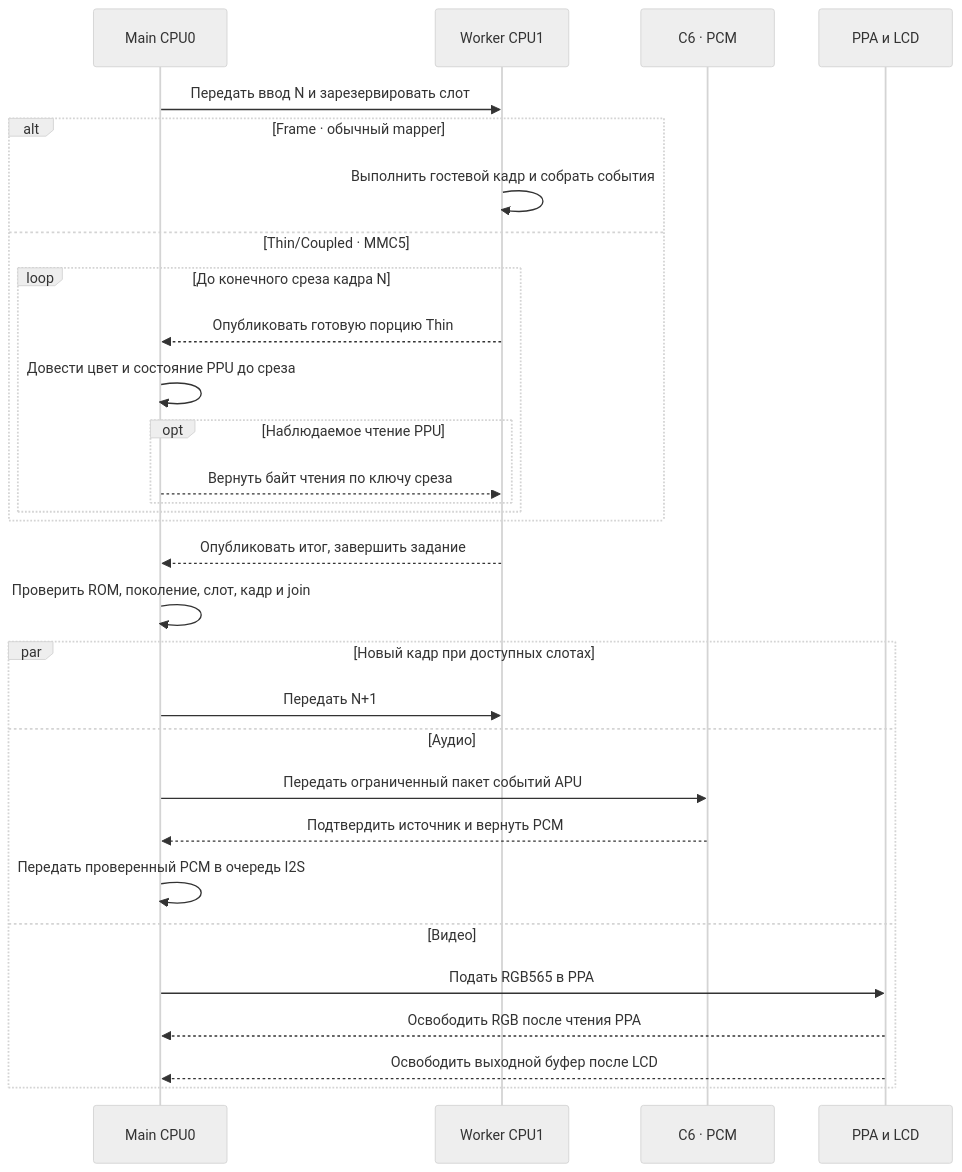
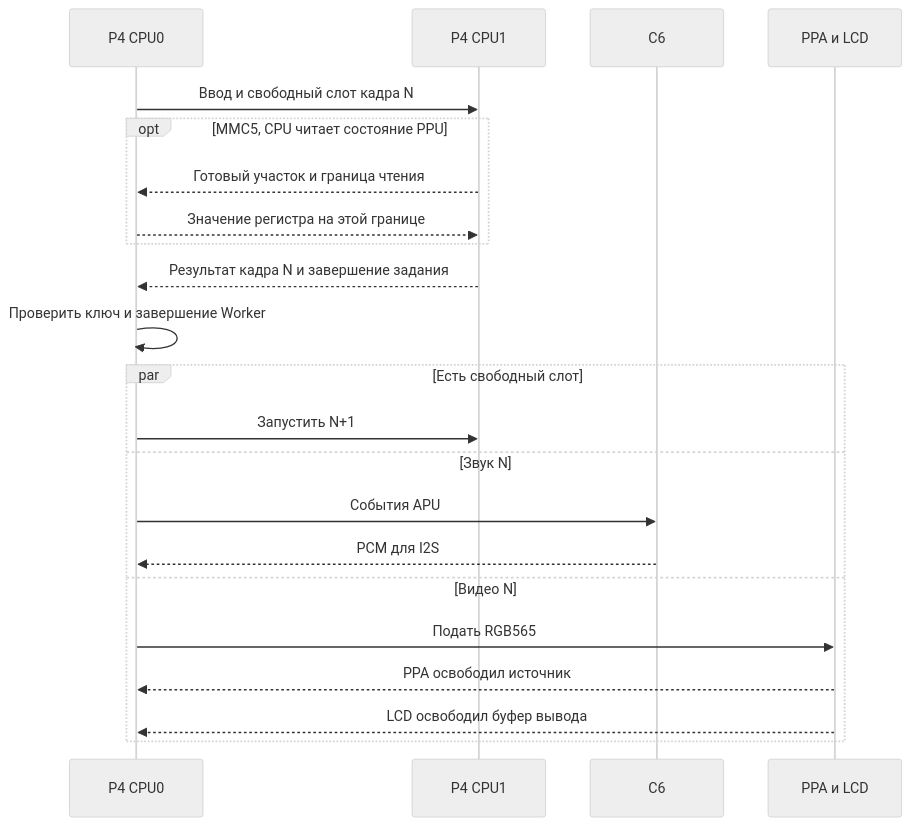
Before and after one commit to KirPoz/bitvyr: the second of 3 diagrams in bitvyr_nes_p4c6/beta_0_1/docs/02-architecture.md, drawn with Mermaid (neutral theme). The commit also changed other lines of this file and 63 other files, not shown here.

````diff
--- a/bitvyr_nes_p4c6/beta_0_1/docs/02-architecture.md
+++ b/bitvyr_nes_p4c6/beta_0_1/docs/02-architecture.md
@@ -50,32 +27,24 @@
 ```mermaid
 sequenceDiagram
-    participant M as Main CPU0
-    participant W as Worker CPU1
-    participant C as C6 · PCM
-    participant D as PPA и LCD
-    M->>W: Передать ввод N и зарезервировать слот
-    alt Frame · обычный mapper
-        W->>W: Выполнить гостевой кадр и собрать события
-    else Thin/Coupled · MMC5
-        loop До конечного среза кадра N
-            W-->>M: Опубликовать готовую порцию Thin
-            M->>M: Довести цвет и состояние PPU до среза
-            opt Наблюдаемое чтение PPU
-                M-->>W: Вернуть байт чтения по ключу среза
-            end
-        end
+    participant M as P4 CPU0
+    participant W as P4 CPU1
+    participant C as C6
+    participant V as PPA и LCD
+    M->>W: Ввод и свободный слот кадра N
+    opt MMC5, CPU читает состояние PPU
+        W-->>M: Готовый участок и граница чтения
+        M-->>W: Значение регистра на этой границе
     end
-    W-->>M: Опубликовать итог, завершить задание
-    M->>M: Проверить ROM, поколение, слот, кадр и join
-    par Новый кадр при доступных слотах
-        M->>W: Передать N+1
-    and Аудио
-        M->>C: Передать ограниченный пакет событий APU
-        C-->>M: Подтвердить источник и вернуть PCM
-        M->>M: Передать проверенный PCM в очередь I2S
-    and Видео
-        M->>D: Подать RGB565 в PPA
-        D-->>M: Освободить RGB после чтения PPA
-        D-->>M: Освободить выходной буфер после LCD
+    W-->>M: Результат кадра N и завершение задания
+    M->>M: Проверить ключ и завершение Worker
+    par Есть свободный слот
+        M->>W: Запустить N+1
+    and Звук N
+        M->>C: События APU
+        C-->>M: PCM для I2S
+    and Видео N
+        M->>V: Подать RGB565
+        V-->>M: PPA освободил источник
+        V-->>M: LCD освободил буфер вывода
     end
 ```
````
